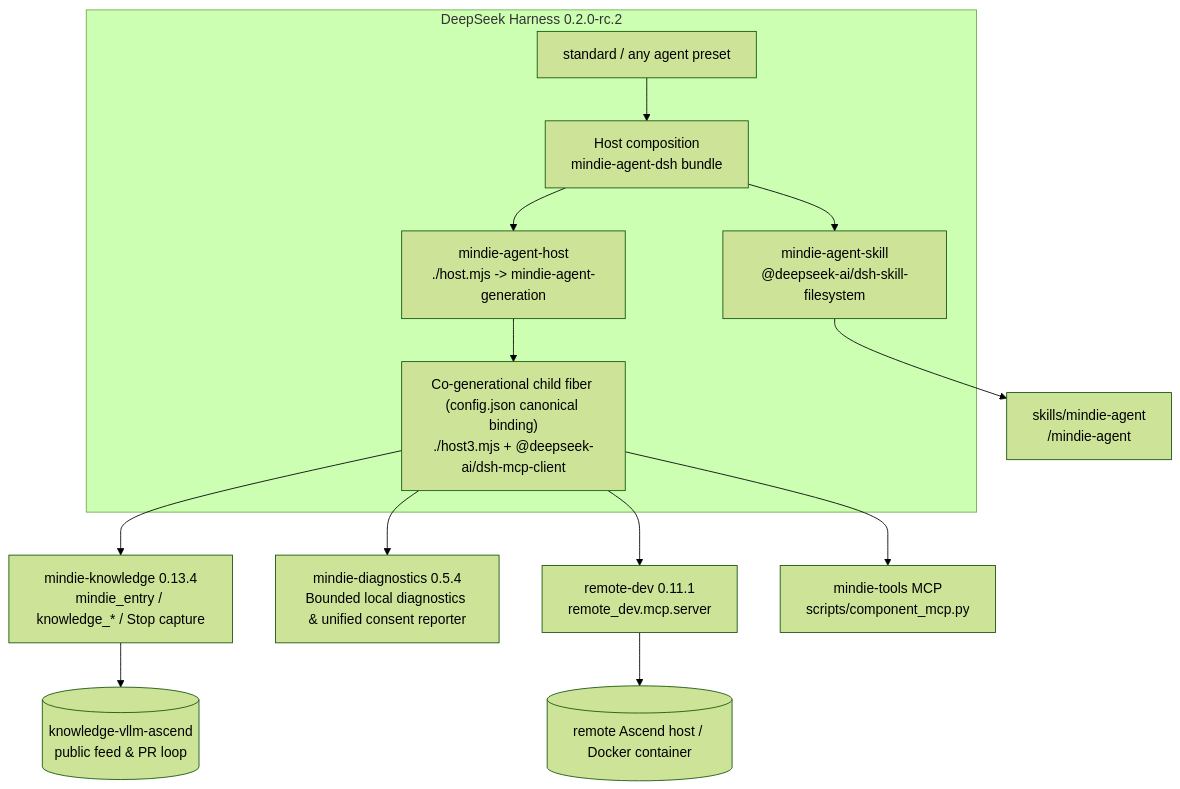
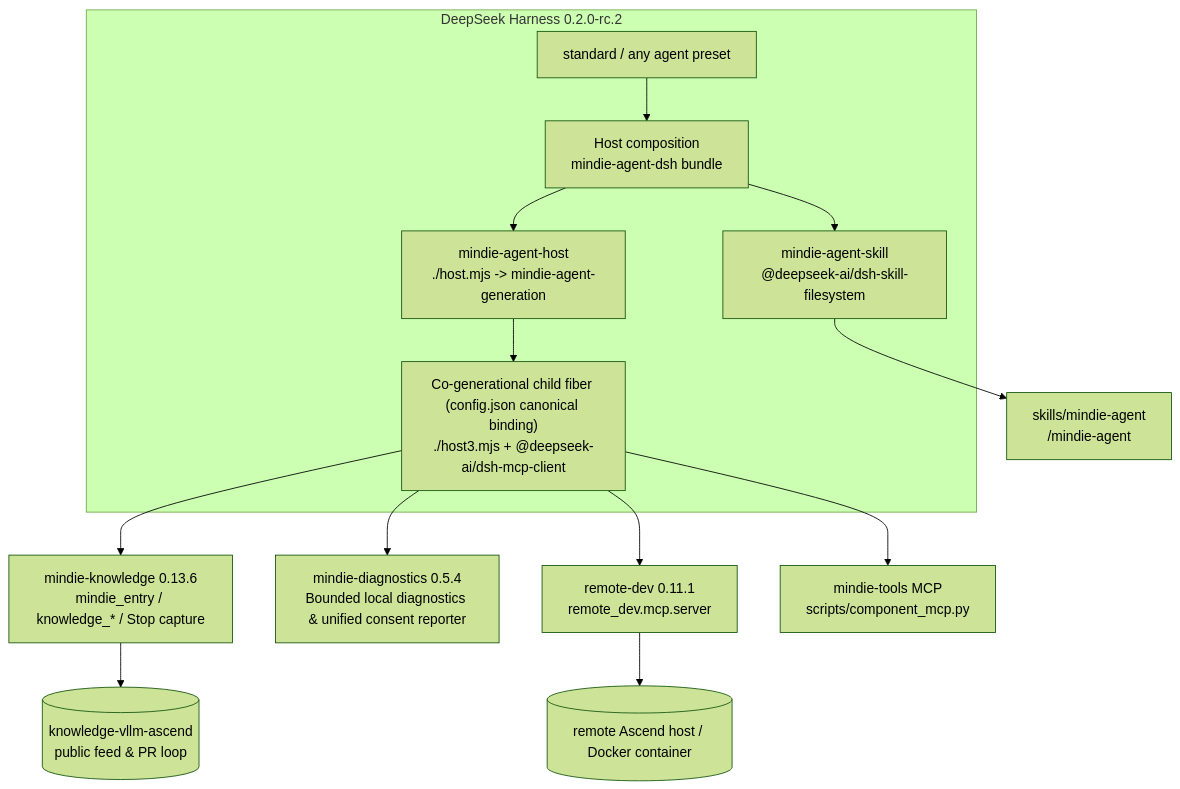
Before and after one commit to mindie-agent/mindie-agent-dsh: the diagram in README.en.md, drawn with Mermaid (forest theme). The commit also changed other lines of this file and 9 other files, not shown here.

````diff
--- a/README.en.md
+++ b/README.en.md
@@ -198,21 +198,21 @@
 ```mermaid
 flowchart TB
   subgraph DSH["DeepSeek Harness 0.2.0-rc.2"]
     HOST["Host composition<br/>mindie-agent-dsh bundle"]
     STD["standard / any agent preset"]
     SKILL["mindie-agent-skill<br/>@deepseek-ai/dsh-skill-filesystem"]
     HPLUG["mindie-agent-host<br/>./host.mjs -> mindie-agent-generation"]
     GEN["Co-generational child fiber (config.json canonical binding)<br/>./host3.mjs + @deepseek-ai/dsh-mcp-client"]
     STD --> HOST
     HOST --> SKILL
     HOST --> HPLUG
     HPLUG --> GEN
   end
   SKILL --> SK["skills/mindie-agent<br/>/mindie-agent"]
-  GEN --> KS["mindie-knowledge 0.13.4<br/>mindie_entry / knowledge_* / Stop capture"]
+  GEN --> KS["mindie-knowledge 0.13.6<br/>mindie_entry / knowledge_* / Stop capture"]
   GEN --> DIAG["mindie-diagnostics 0.5.4<br/>Bounded local diagnostics & unified consent reporter"]
   KS --> FEED[("knowledge-vllm-ascend<br/>public feed & PR loop")]
   GEN --> RD["remote-dev 0.11.1<br/>remote_dev.mcp.server"]
   GEN --> MT["mindie-tools MCP<br/>scripts/component_mcp.py"]
   RD --> NPU[("remote Ascend host / Docker container")]
 ```
````
